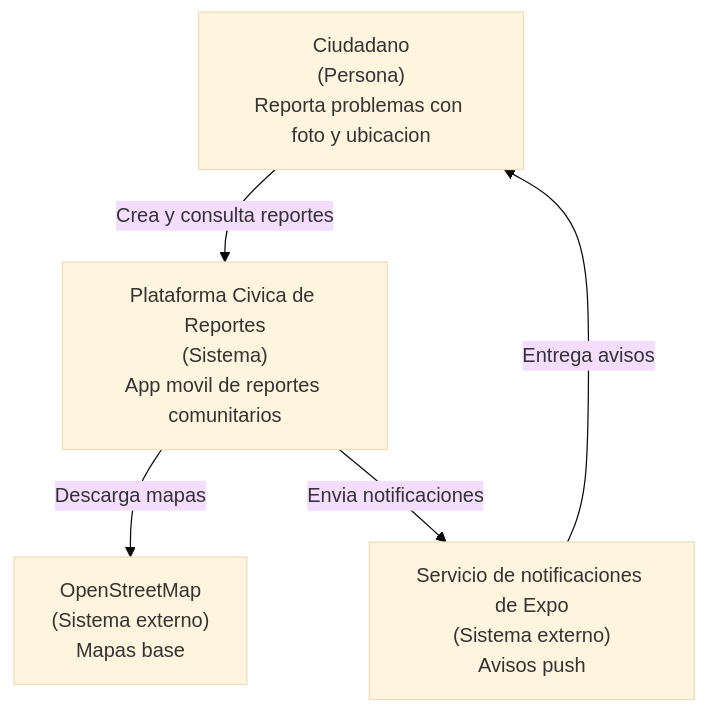
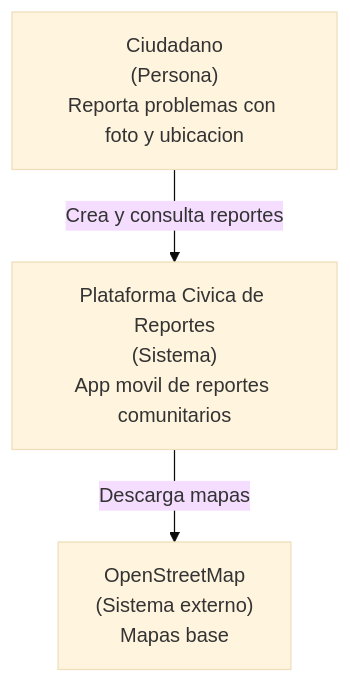
One commit to michaelsalgado085-rgb/isw2-practicas changed the first of 2 diagrams in practica-6/arquitectura.md. Above: the diagram before and after it, drawn with Mermaid (base theme). The commit also changed other lines of this file, not shown here.

````diff
--- a/practica-6/arquitectura.md
+++ b/practica-6/arquitectura.md
@@ -5,11 +5,8 @@
 ```mermaid
 flowchart TB
   ciudadano["Ciudadano<br/>(Persona)<br/>Reporta problemas con foto y ubicacion"]
   sistema["Plataforma Civica de Reportes<br/>(Sistema)<br/>App movil de reportes comunitarios"]
   osm["OpenStreetMap<br/>(Sistema externo)<br/>Mapas base"]
-  push["Servicio de notificaciones de Expo<br/>(Sistema externo)<br/>Avisos push"]
   ciudadano -->|"Crea y consulta reportes"| sistema
   sistema -->|"Descarga mapas"| osm
-  sistema -->|"Envia notificaciones"| push
-  push -->|"Entrega avisos"| ciudadano
 ```
````
